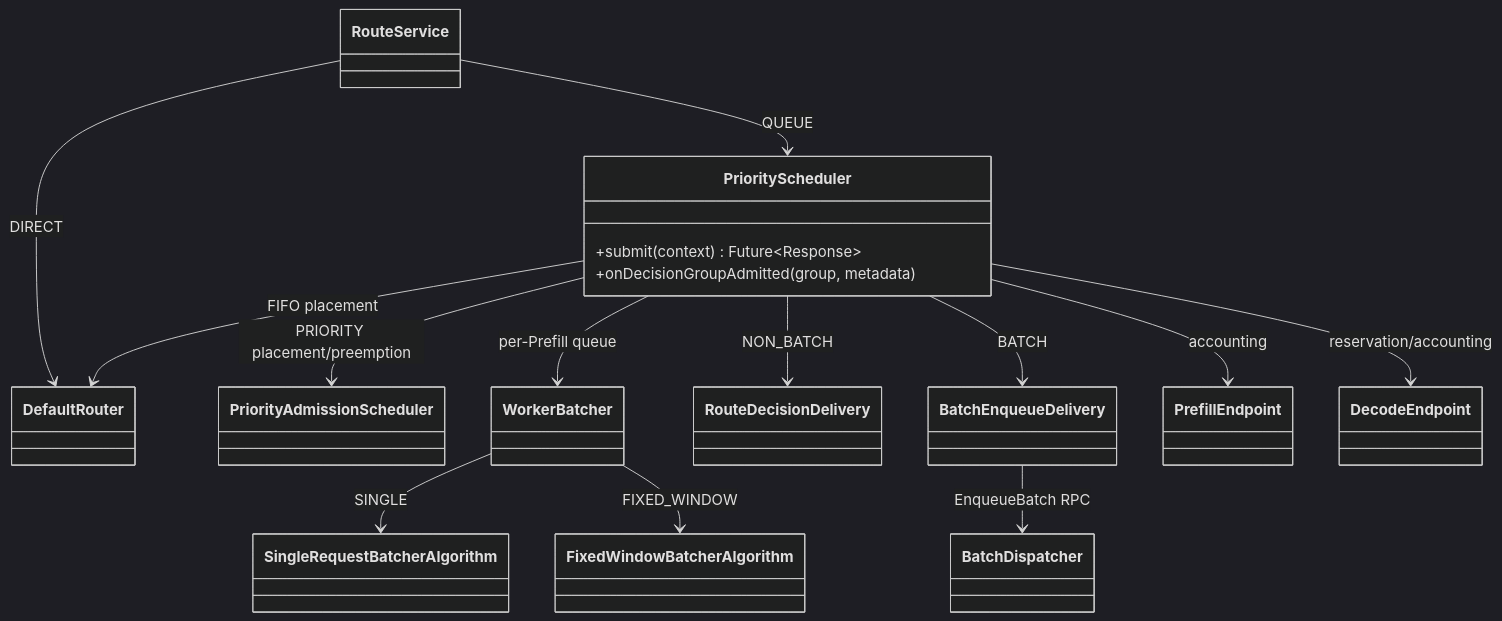
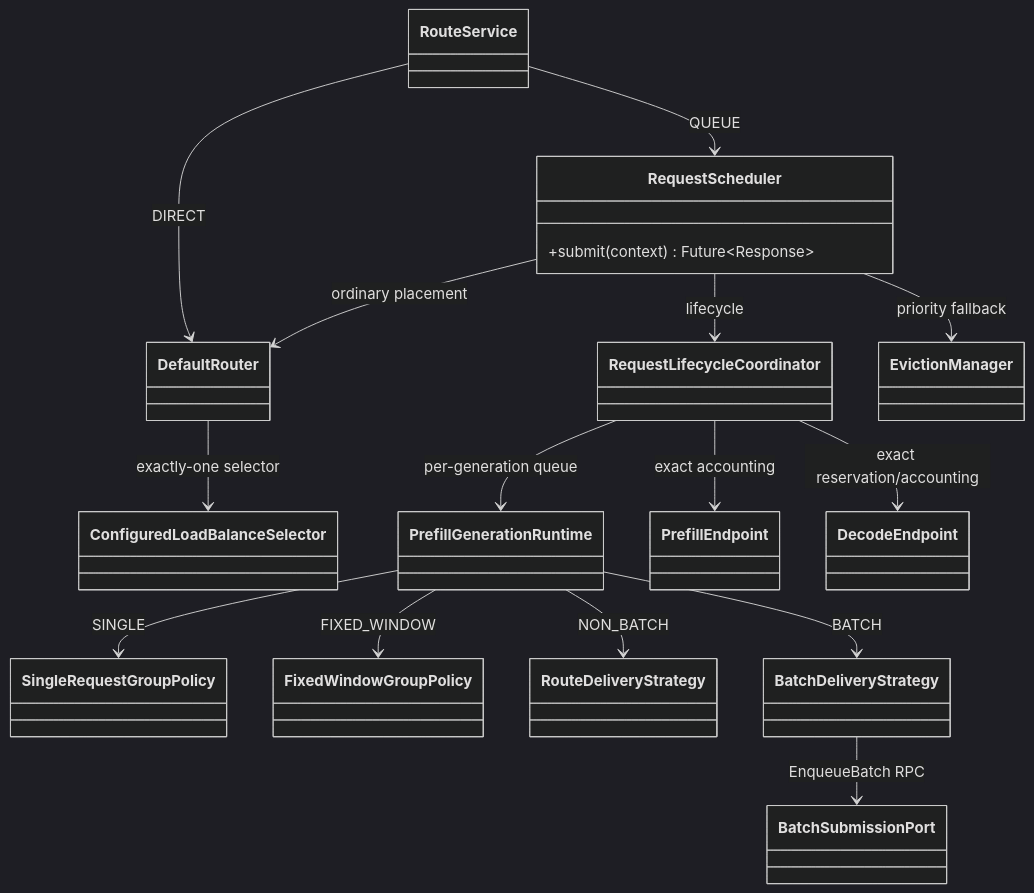
One commit to alibaba/rtp-llm changed the first of 2 diagrams in rtp_llm/flexlb/docs/priority-scheduler-delivery-modes.md. Above: the diagram before and after it, drawn with Mermaid (dark theme). The commit also changed other lines of this file and 366 other files, not shown here.

````diff
--- a/rtp_llm/flexlb/docs/priority-scheduler-delivery-modes.md
+++ b/rtp_llm/flexlb/docs/priority-scheduler-delivery-modes.md
@@ -28,31 +30,34 @@
 ```mermaid
 classDiagram
     class RouteService
     class DefaultRouter
-    class PriorityScheduler {
+    class ConfiguredLoadBalanceSelector
+    class RequestScheduler {
         +submit(context) Future~Response~
-        +onDecisionGroupAdmitted(group, metadata)
     }
-    class PriorityAdmissionScheduler
-    class WorkerBatcher
-    class SingleRequestBatcherAlgorithm
-    class FixedWindowBatcherAlgorithm
-    class RouteDecisionDelivery
-    class BatchEnqueueDelivery
-    class BatchDispatcher
+    class RequestLifecycleCoordinator
+    class EvictionManager
+    class PrefillGenerationRuntime
+    class SingleRequestGroupPolicy
+    class FixedWindowGroupPolicy
+    class RouteDeliveryStrategy
+    class BatchDeliveryStrategy
+    class BatchSubmissionPort
     class PrefillEndpoint
     class DecodeEndpoint
 
     RouteService --> DefaultRouter : DIRECT
-    RouteService --> PriorityScheduler : QUEUE
-    PriorityScheduler --> DefaultRouter : FIFO placement
-    PriorityScheduler --> PriorityAdmissionScheduler : PRIORITY placement/preemption
-    PriorityScheduler --> WorkerBatcher : per-Prefill queue
-    WorkerBatcher --> SingleRequestBatcherAlgorithm : SINGLE
-    WorkerBatcher --> FixedWindowBatcherAlgorithm : FIXED_WINDOW
-    PriorityScheduler --> RouteDecisionDelivery : NON_BATCH
-    PriorityScheduler --> BatchEnqueueDelivery : BATCH
-    BatchEnqueueDelivery --> BatchDispatcher : EnqueueBatch RPC
-    PriorityScheduler --> PrefillEndpoint : accounting
-    PriorityScheduler --> DecodeEndpoint : reservation/accounting
+    RouteService --> RequestScheduler : QUEUE
+    DefaultRouter --> ConfiguredLoadBalanceSelector : exactly-one selector
+    RequestScheduler --> RequestLifecycleCoordinator : lifecycle
+    RequestScheduler --> DefaultRouter : ordinary placement
+    RequestScheduler --> EvictionManager : priority fallback
+    RequestLifecycleCoordinator --> PrefillGenerationRuntime : per-generation queue
+    PrefillGenerationRuntime --> SingleRequestGroupPolicy : SINGLE
+    PrefillGenerationRuntime --> FixedWindowGroupPolicy : FIXED_WINDOW
+    PrefillGenerationRuntime --> RouteDeliveryStrategy : NON_BATCH
+    PrefillGenerationRuntime --> BatchDeliveryStrategy : BATCH
+    BatchDeliveryStrategy --> BatchSubmissionPort : EnqueueBatch RPC
+    RequestLifecycleCoordinator --> PrefillEndpoint : exact accounting
+    RequestLifecycleCoordinator --> DecodeEndpoint : exact reservation/accounting
 ```
````
